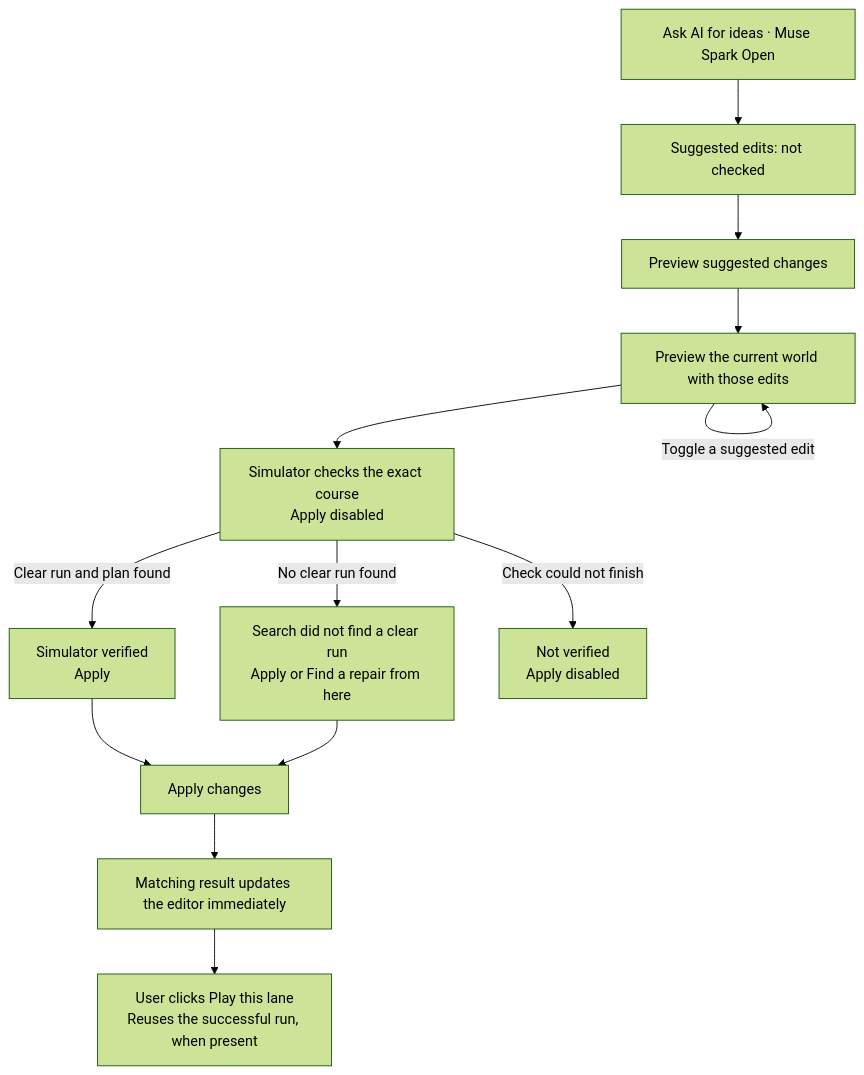
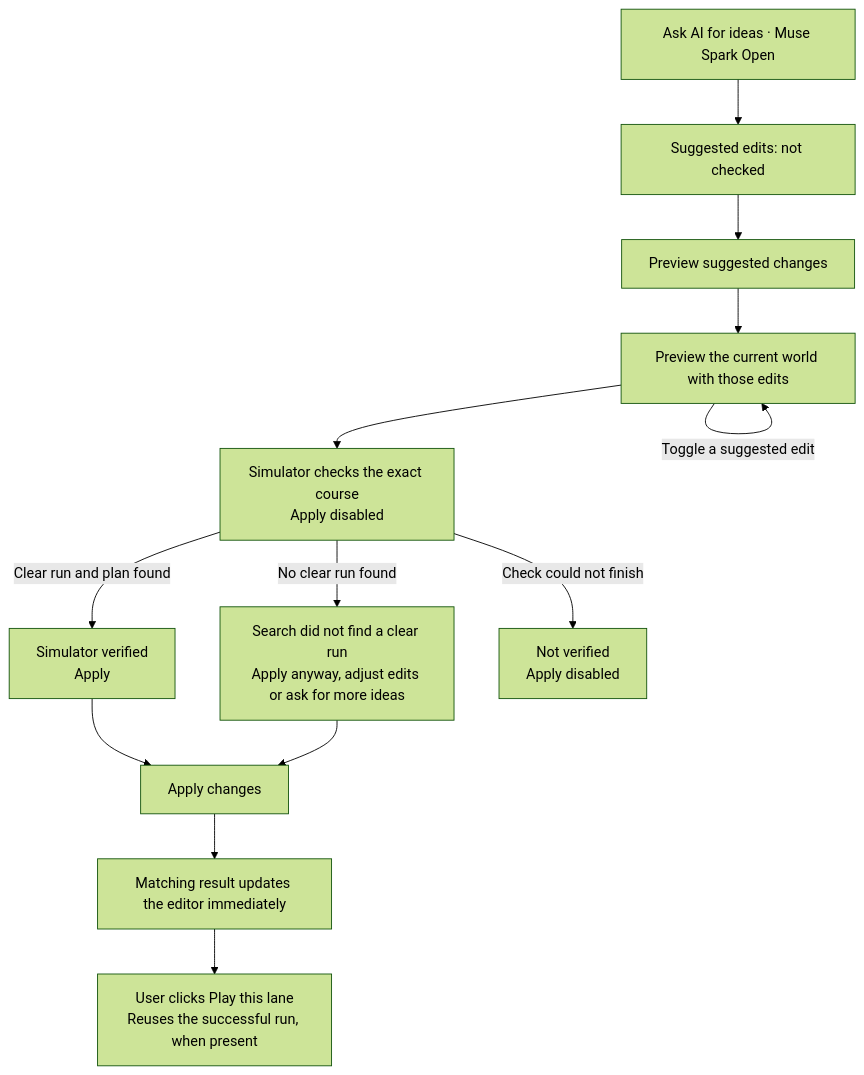
The second of 6 diagrams in docs/editor-proof-flow.md (gitgithan/conquercourse), drawn with Mermaid (forest theme) before and after one commit. The commit also changed other lines of this file and 13 other files, not shown here.

Commit message:
Remove standalone editor repair actions and guide users to AI ideas

````diff
--- a/docs/editor-proof-flow.md
+++ b/docs/editor-proof-flow.md
@@ -67,15 +60,15 @@
 ```mermaid
 flowchart TD
   A["Ask AI for ideas · Muse Spark Open"] --> B["Suggested edits: not checked"]
   B --> C["Preview suggested changes"]
   C --> D["Preview the current world with those edits"]
   D --> E["Simulator checks the exact course<br/>Apply disabled"]
   E -->|"Clear run and plan found"| F["Simulator verified<br/>Apply"]
-  E -->|"No clear run found"| G["Search did not find a clear run<br/>Apply or Find a repair from here"]
+  E -->|"No clear run found"| G["Search did not find a clear run<br/>Apply anyway, adjust edits or ask for more ideas"]
   E -->|"Check could not finish"| H["Not verified<br/>Apply disabled"]
   F --> I["Apply changes"]
   G --> I
   I --> J["Matching result updates the editor immediately"]
   J --> K["User clicks Play this lane<br/>Reuses the successful run, when present"]
   D -->|"Toggle a suggested edit"| D
 ```
````
